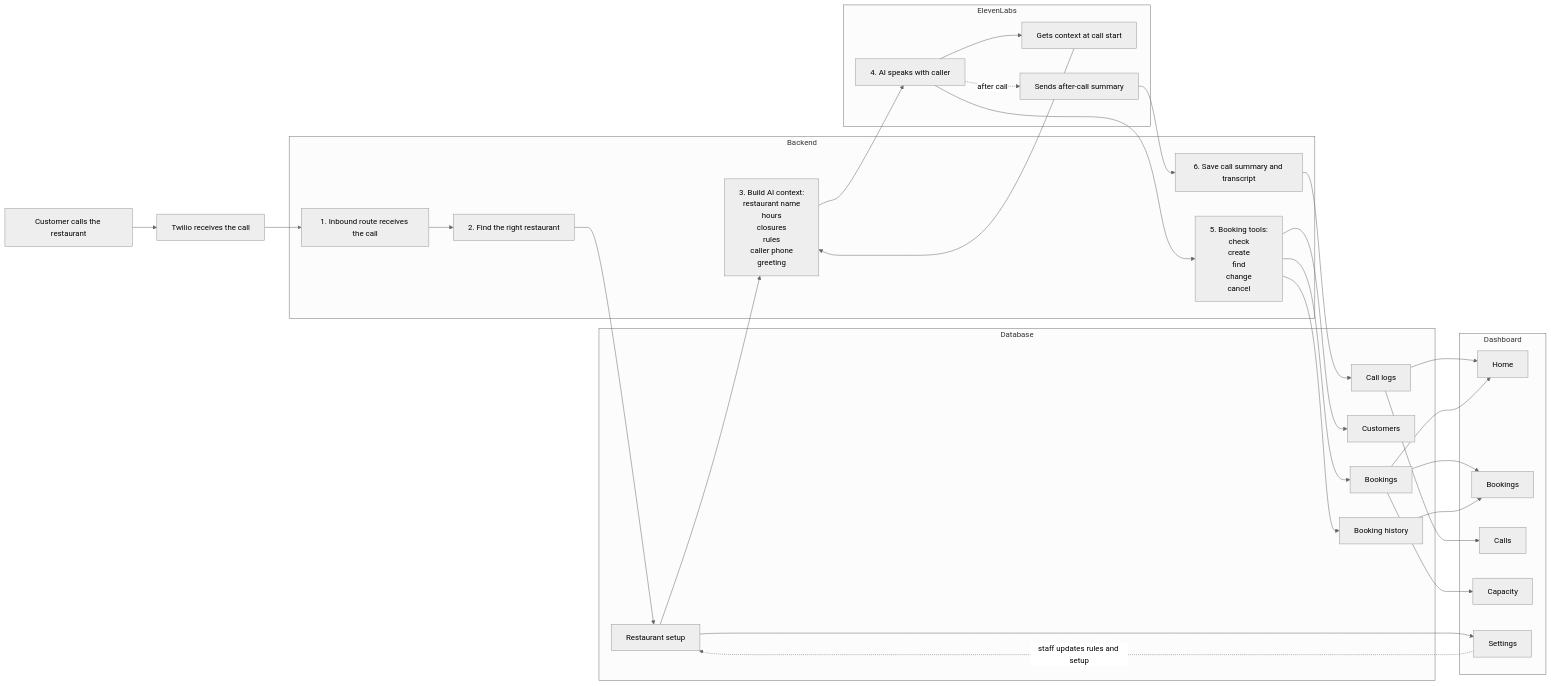
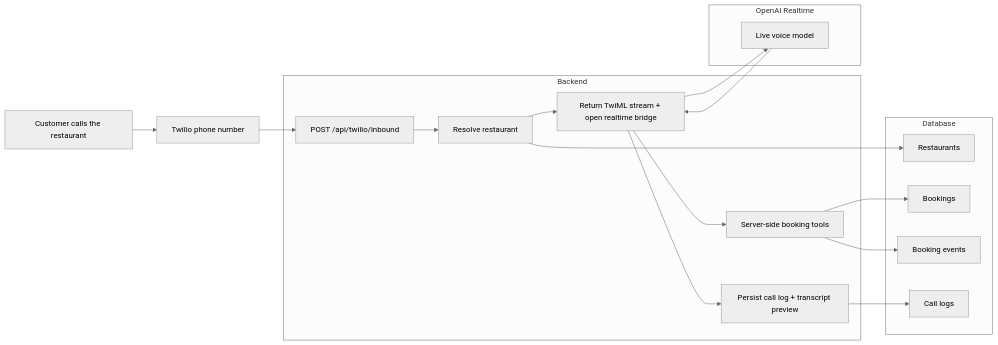
One commit to jmf42/RistoranteAI changed the diagram in docs/APP_INTERACTIONS_VISUAL_FLOW.md. Above: the diagram before and after it, drawn with Mermaid (neutral theme). The commit also changed other lines of this file and 68 other files, not shown here.

First line of the commit message:
Fix create_booking KeyError, PBKDF2 latency, and DB connection leak

````diff
--- a/docs/APP_INTERACTIONS_VISUAL_FLOW.md
+++ b/docs/APP_INTERACTIONS_VISUAL_FLOW.md
@@ -7,70 +5,30 @@
 ```mermaid
 flowchart LR
-    caller["Customer calls the restaurant"] --> twilio["Twilio receives the call"]
+    caller["Customer calls the restaurant"] --> twilio["Twilio phone number"]
+    twilio --> inbound["POST /api/twilio/inbound"]
 
     subgraph backend["Backend"]
-        inbound["1. Inbound route receives the call"]
-        match["2. Find the right restaurant"]
-        context["3. Build AI context:
-restaurant name
-hours
-closures
-rules
-caller phone
-greeting"]
-        tools["5. Booking tools:
-check
-create
-find
-change
-cancel"]
-        webhook["6. Save call summary and transcript"]
+        inbound --> match["Resolve restaurant"]
+        match --> bridge["Return TwiML stream + open realtime bridge"]
+        bridge --> tools["Server-side booking tools"]
+        bridge --> calls["Persist call log + transcript preview"]
+    end
+
+    subgraph openai["OpenAI Realtime"]
+        model["Live voice model"]
     end
 
     subgraph db["Database"]
-        restaurants["Restaurant setup"]
+        restaurants["Restaurants"]
         bookings["Bookings"]
-        customers["Customers"]
-        history["Booking history"]
-        calls["Call logs"]
+        events["Booking events"]
+        calllogs["Call logs"]
     end
 
-    subgraph el["ElevenLabs"]
-        voice["4. AI speaks with caller"]
-        personal["Gets context at call start"]
-        summary["Sends after-call summary"]
-    end
-
-    subgraph dash["Dashboard"]
-        home["Home"]
-        bookingsui["Bookings"]
-        callsui["Calls"]
-        capacity["Capacity"]
-        settings["Settings"]
-    end
-
-    twilio --> inbound
-    inbound --> match
+    bridge --> model
+    model --> bridge
+    tools --> bookings
+    tools --> events
     match --> restaurants
-    restaurants --> context
-    context --> voice
-    voice --> personal
-    personal --> context
-    voice --> tools
-    tools --> bookings
-    tools --> customers
-    tools --> history
-    summary --> webhook
-    webhook --> calls
-
-    bookings --> bookingsui
-    history --> bookingsui
-    calls --> callsui
-    bookings --> capacity
-    restaurants --> settings
-    calls --> home
-    bookings --> home
-
-    voice -. "after call" .-> summary
-    settings -. "staff updates rules and setup" .-> restaurants
+    calls --> calllogs
 ```
````
